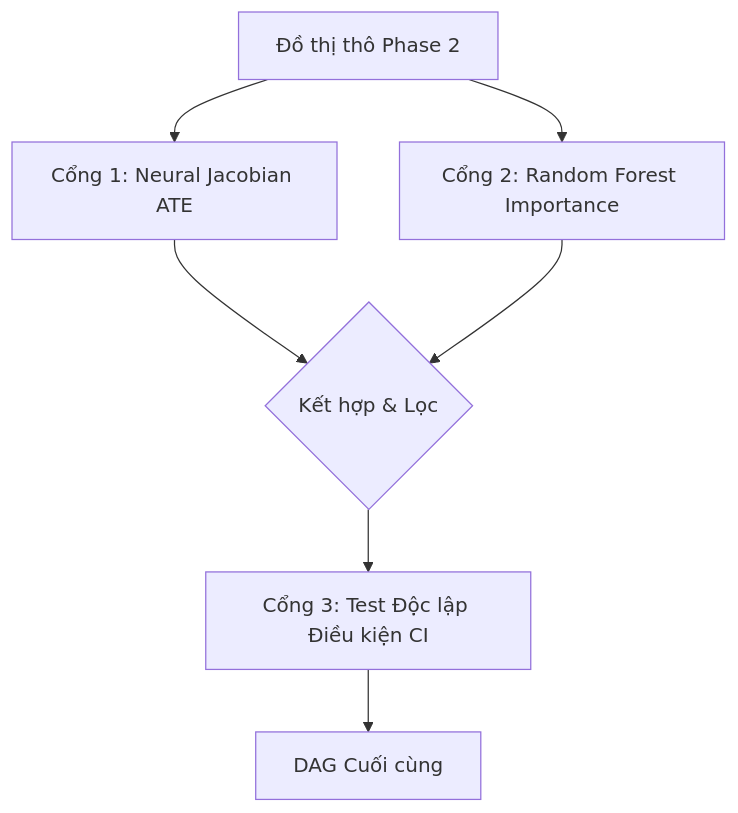
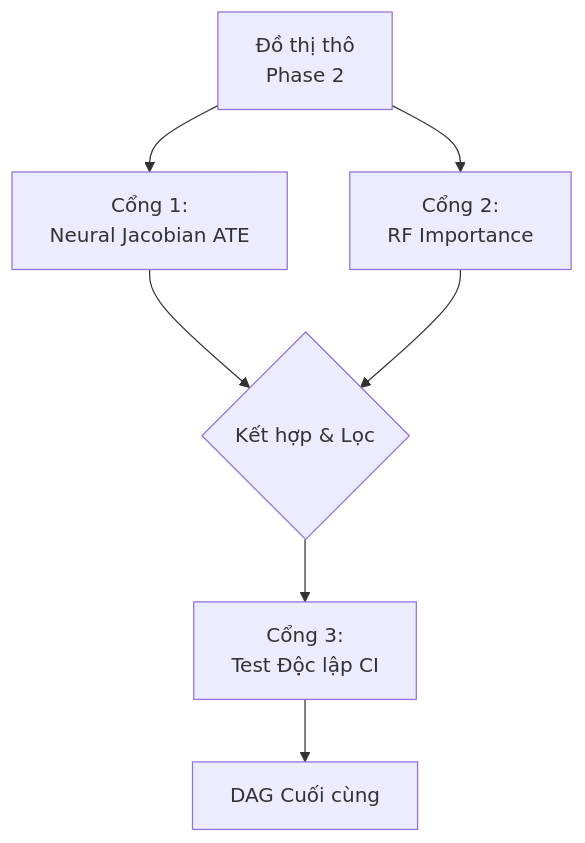
One commit to manhthai1706/DeepANM changed the fifth of 5 diagrams in docx/Chuong3_MoHinhDeepANM.md. Above: the diagram before and after it, drawn with Mermaid. The commit also changed other lines of this file, not shown here.

Commit message:
docs: optimize all mermaid diagrams for vertical stacking with line breaks

````diff
--- a/docx/Chuong3_MoHinhDeepANM.md
+++ b/docx/Chuong3_MoHinhDeepANM.md
@@ -204,9 +204,9 @@
 ```mermaid
 graph TD
-    Raw[Đồ thị thô Phase 2] --> Gate1[Cổng 1: Neural Jacobian ATE]
-    Raw --> Gate2[Cổng 2: Random Forest Importance]
+    Raw["Đồ thị thô<br/>Phase 2"] --> Gate1["Cổng 1:<br/>Neural Jacobian ATE"]
+    Raw --> Gate2["Cổng 2:<br/>RF Importance"]
     Gate1 --> Logic{Kết hợp & Lọc}
     Gate2 --> Logic
-    Logic --> CI[Cổng 3: Test Độc lập Điều kiện CI]
-    CI --> Final[DAG Cuối cùng]
+    Logic --> CI["Cổng 3:<br/>Test Độc lập CI"]
+    CI --> Final["DAG Cuối cùng"]
 ```
````
